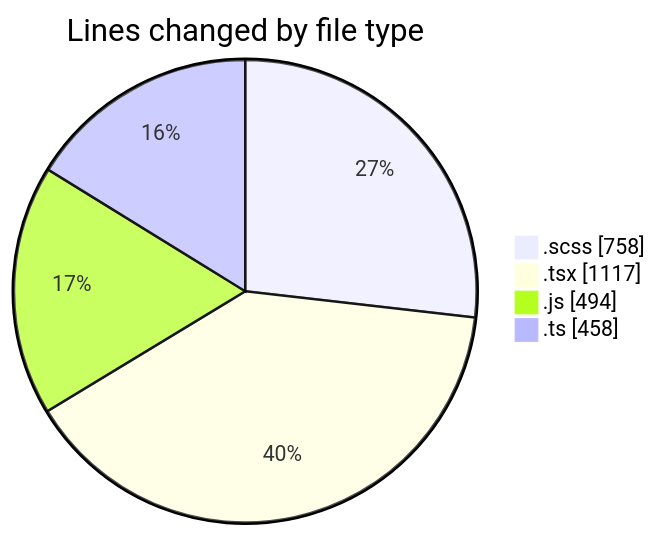
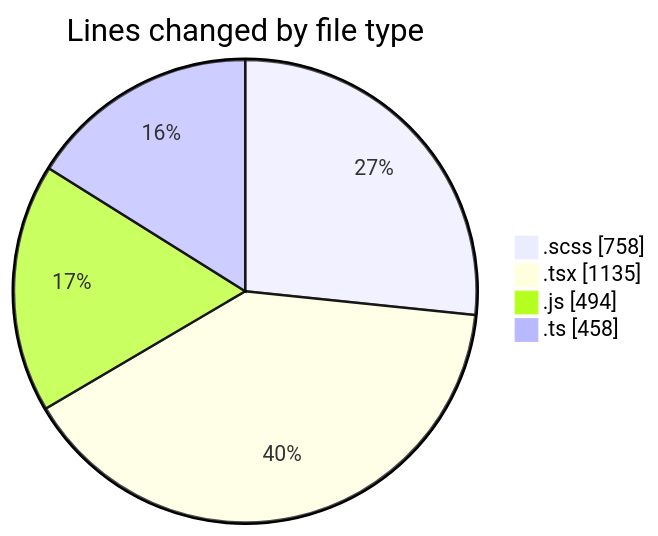
Before and after one commit to momahboobian/code-tracking: the first of 2 diagrams in 2025-03-14/cda/README.md, drawn with Mermaid. The commit also changed other lines of this file and 1 other file, not shown here.

````diff
--- a/2025-03-14/cda/README.md
+++ b/2025-03-14/cda/README.md
@@ -34,8 +34,8 @@
 ```mermaid
 pie showData
 title Lines changed by file type
 ".scss" : 758
-".tsx" : 1117
+".tsx" : 1135
 ".js" : 494
 ".ts" : 458
 ```
````
